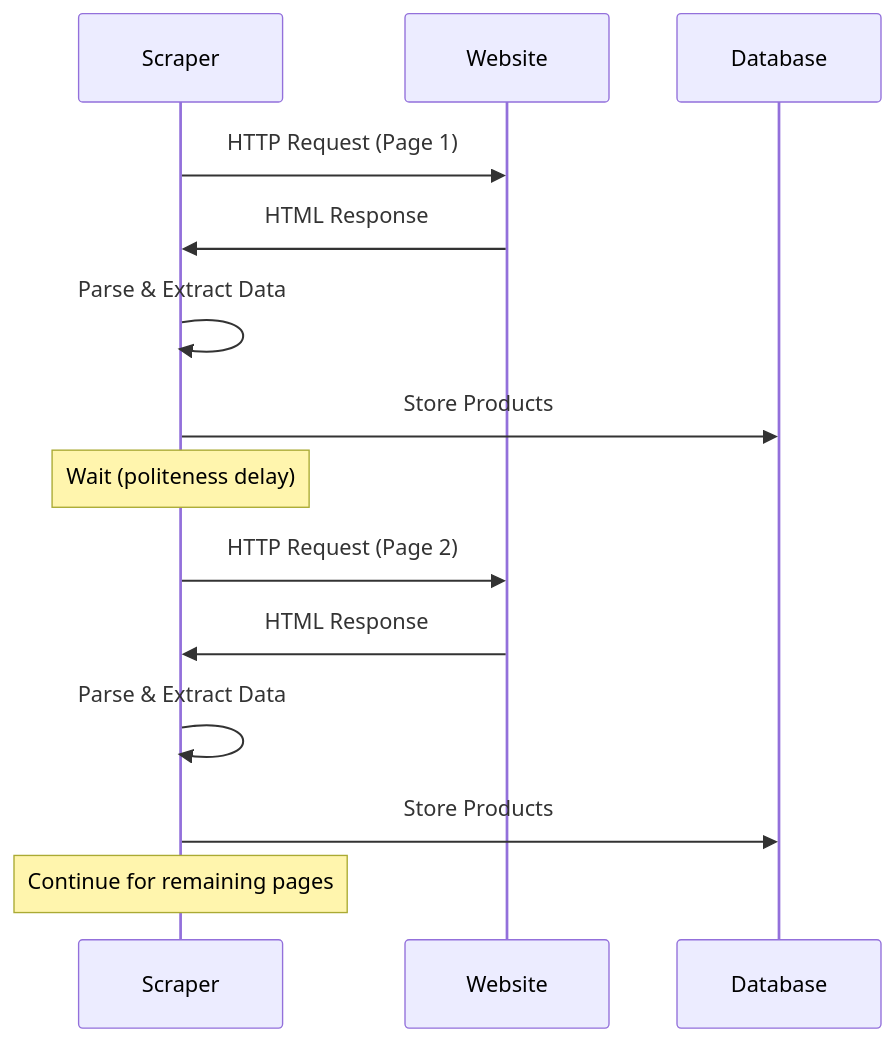
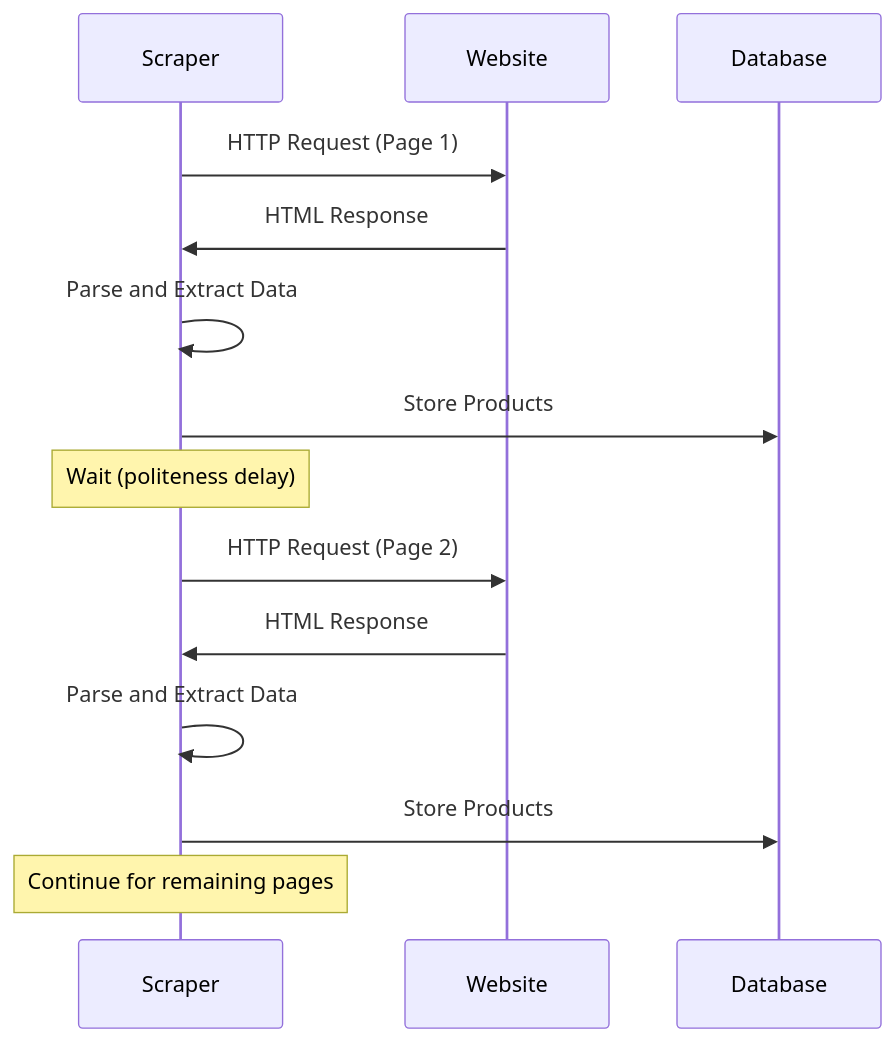
One commit to bytetunnels/bytetunnels.github.com changed the third of 3 diagrams in _posts/2025-04-26-web-scraping-explained-what-why-how.md. Above: the diagram before and after it, drawn with Mermaid. The commit also changed other lines of this file and 9 other files, not shown here.

First line of the commit message:
fix: escape special characters in mermaid chart labels across 10 posts

````diff
--- a/_posts/2025-04-26-web-scraping-explained-what-why-how.md
+++ b/_posts/2025-04-26-web-scraping-explained-what-why-how.md
@@ -321,20 +321,20 @@
 ```mermaid
 sequenceDiagram
     participant S as Scraper
     participant W as Website
     participant D as Database
     
     S->>W: HTTP Request (Page 1)
     W->>S: HTML Response
-    S->>S: Parse & Extract Data
+    S->>S: Parse and Extract Data
     S->>D: Store Products
-    
+
     Note over S: Wait (politeness delay)
-    
+
     S->>W: HTTP Request (Page 2)
     W->>S: HTML Response
-    S->>S: Parse & Extract Data
+    S->>S: Parse and Extract Data
     S->>D: Store Products
     
     Note over S: Continue for remaining pages
 ```
````
